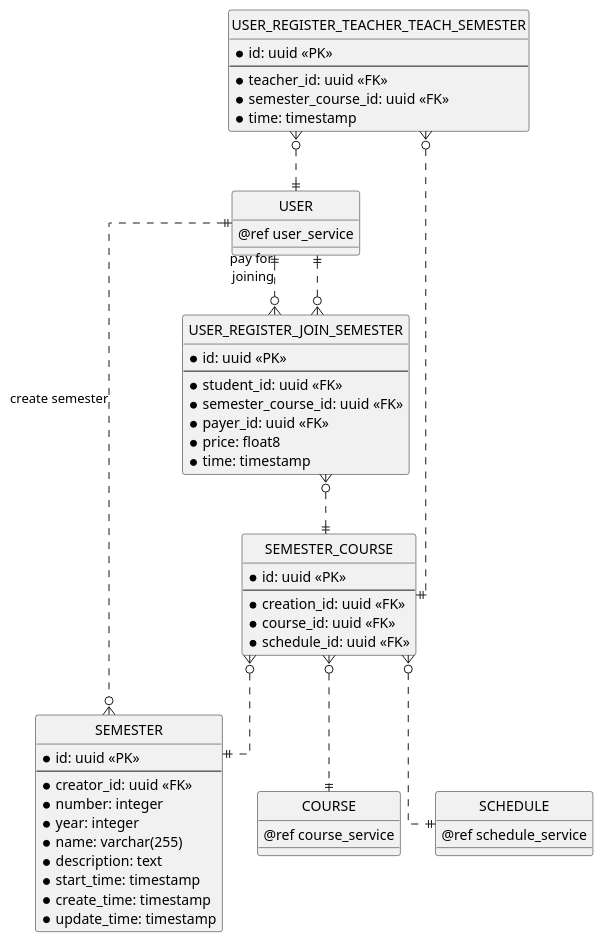
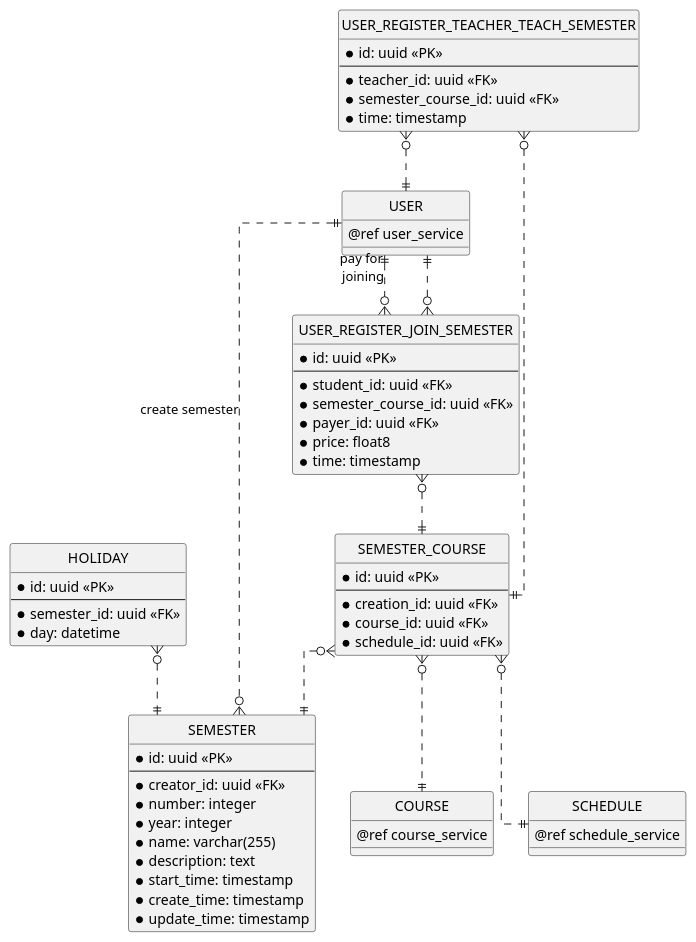
One commit to chungnguyenbkcse/ERD-USECASE-KIDSDRAWING changed the sixth of 13 diagrams in erd.md. Above: the diagram before and after it, drawn with PlantUML. The commit also changed other lines of this file and 1 other file, not shown here.

Commit message:
add holiday, fix entity section

````diff
--- a/erd.md
+++ b/erd.md
@@ -295,73 +295,81 @@
 ```plantuml
 @startuml semester_service
 ' hide the spot
 hide circle
 
 ' avoid problems with angled crows feet
 skinparam linetype ortho
 
 entity "USER" as user {
     @ref user_service
 }
 
 entity "COURSE" as course {
     @ref course_service
 }
 
 entity "SEMESTER" as semester_creation {
     * id: uuid <<PK>>
     --
     * creator_id: uuid <<FK>>
     * number: integer 
     * year: integer
     * name: varchar(255)
     * description: text
     * start_time: timestamp
     * create_time: timestamp
     * update_time: timestamp
+}
+
+entity "HOLIDAY" as holiday {
+    * id: uuid <<PK>>
+    --
+    * semester_id: uuid <<FK>>
+    * day: datetime
 }
 
 entity "SEMESTER_COURSE" as semester_course {
     * id: uuid <<PK>>
     --
     * creation_id: uuid <<FK>>
     * course_id: uuid <<FK>>
     * schedule_id: uuid <<FK>>
 }
 
 entity "SCHEDULE" as schedule {
     @ref schedule_service
 }
 
 
 entity "USER_REGISTER_JOIN_SEMESTER" as user_register_join_semester {
     * id: uuid <<PK>>
     --
     * student_id: uuid <<FK>>
     * semester_course_id: uuid <<FK>>
     * payer_id: uuid <<FK>>
     * price: float8
     * time: timestamp
 }
 
 entity "USER_REGISTER_TEACHER_TEACH_SEMESTER" as user_register_teach_semester {
     * id: uuid <<PK>>
     --
     * teacher_id: uuid <<FK>>
     * semester_course_id: uuid <<FK>>
     * time: timestamp
 }
 
 ' Semester Relationship
 
 user ||..o{ user_register_join_semester: pay for\n joining
 user ||..o{ semester_creation: create semester
 user_register_teach_semester }o..|| user
 user_register_teach_semester }o..|| semester_course
 user_register_join_semester }o..|| user
 user_register_join_semester }o..|| semester_course
 semester_course }o..|| course
 semester_course }o..|| semester_creation
+holiday }o..|| semester_creation
 semester_course }o..|| schedule
 @enduml
 ```
````
